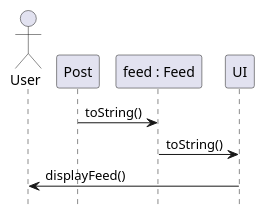
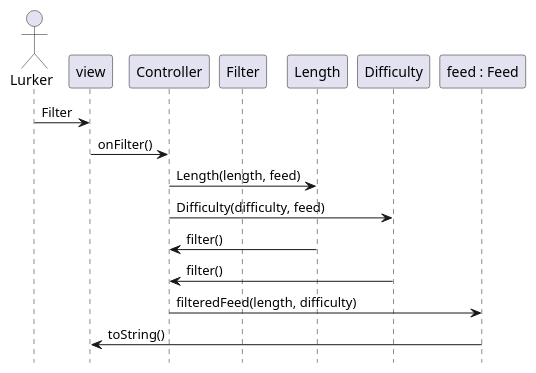
The fifth of 6 diagrams in intellij/doc/design.md (arun-guruswamy/workout-networking), drawn with PlantUML before and after one commit. The commit also changed other lines of this file, not shown here.

````diff
--- a/intellij/doc/design.md
+++ b/intellij/doc/design.md
@@ -91,16 +111,21 @@
 ```plantuml 
 @startuml
 hide footbox
-actor "User" as user 
-participant "Post" as post
-participant "feed : Feed" as feed
-participant "UI" as ui
+actor Lurker as lurker
+participant "view" as view
+participant "Controller" as controller 
+participant "Filter" as filter
+participant "Length" as length
+participant "Difficulty" as difficulty
+participant "feed : Feed" as feed 
 
-
-
-post -> feed : toString()
-feed -> ui : toString()
-ui -> user : displayFeed()
-
+lurker -> view : Filter 
+view -> controller: onFilter() 
+controller -> length: Length(length, feed)
+controller -> difficulty: Difficulty(difficulty, feed)
+controller <- length: filter()
+controller <- difficulty: filter()
+controller -> feed : filteredFeed(length, difficulty)
+feed -> view : toString()
 @enduml
 ```
````
